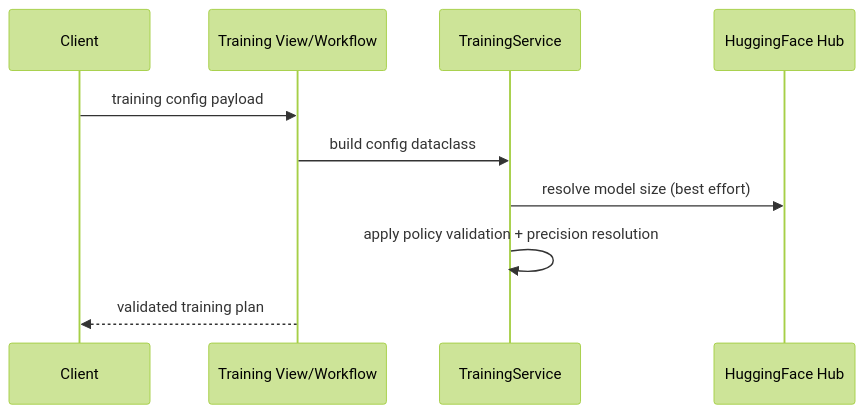
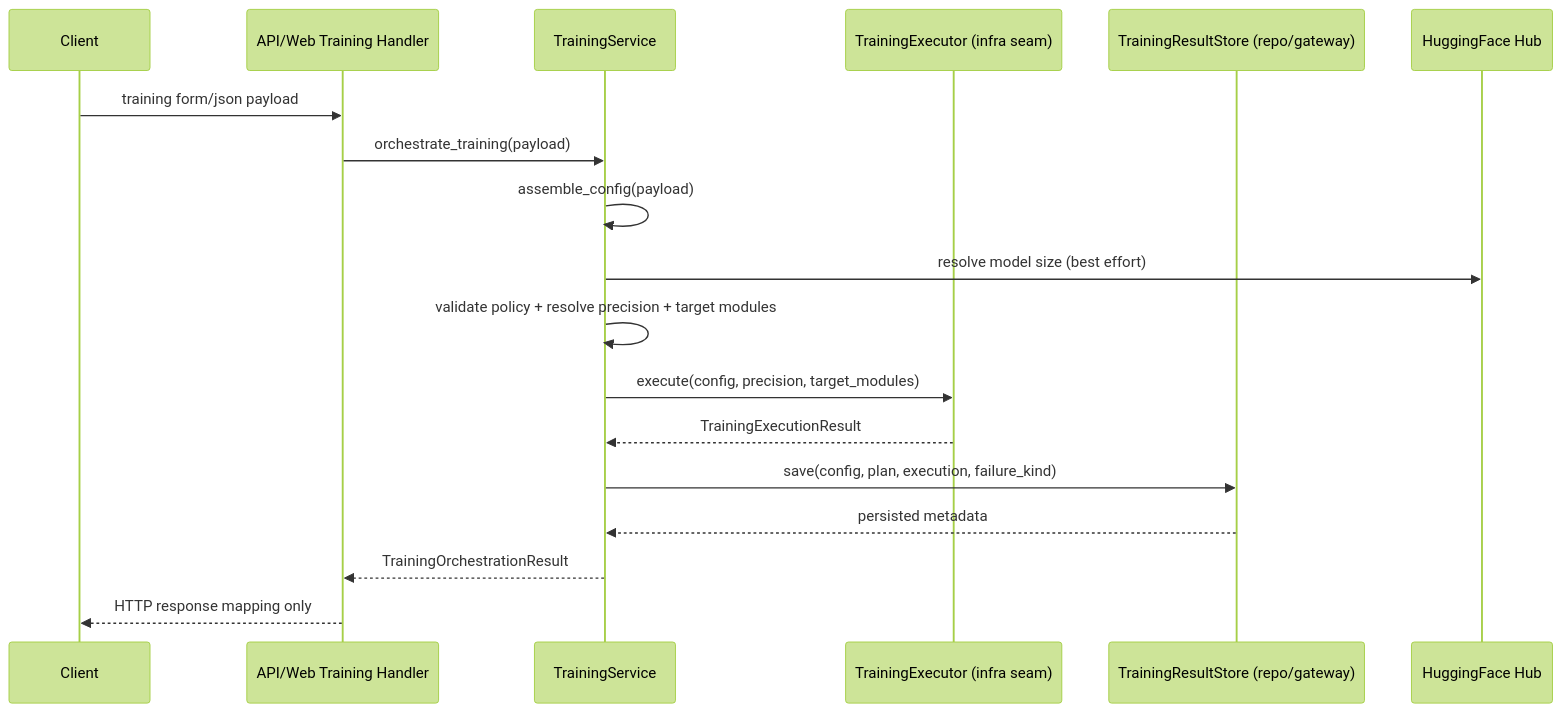
Before and after one commit to jeffreywallphd-ai/LMForge: the fifth of 6 diagrams in docs/architecture/runtime-flows.md, drawn with Mermaid (forest theme). The commit also changed other lines of this file and 7 other files, not shown here.

Commit message:
Extract training orchestration into TrainingService lifecycle contracts

````diff
--- a/docs/architecture/runtime-flows.md
+++ b/docs/architecture/runtime-flows.md
@@ -104,13 +104,21 @@
 ```mermaid
 sequenceDiagram
   participant U as Client
-  participant API as Training View/Workflow
+  participant P as API/Web Training Handler
   participant APP as TrainingService
+  participant EXE as TrainingExecutor (infra seam)
+  participant REP as TrainingResultStore (repo/gateway)
   participant HF as HuggingFace Hub
 
-  U->>API: training config payload
-  API->>APP: build config dataclass
+  U->>P: training form/json payload
+  P->>APP: orchestrate_training(payload)
+  APP->>APP: assemble_config(payload)
   APP->>HF: resolve model size (best effort)
-  APP->>APP: apply policy validation + precision resolution
-  API-->>U: validated training plan
+  APP->>APP: validate policy + resolve precision + target modules
+  APP->>EXE: execute(config, precision, target_modules)
+  EXE-->>APP: TrainingExecutionResult
+  APP->>REP: save(config, plan, execution, failure_kind)
+  REP-->>APP: persisted metadata
+  APP-->>P: TrainingOrchestrationResult
+  P-->>U: HTTP response mapping only
 ```
````
